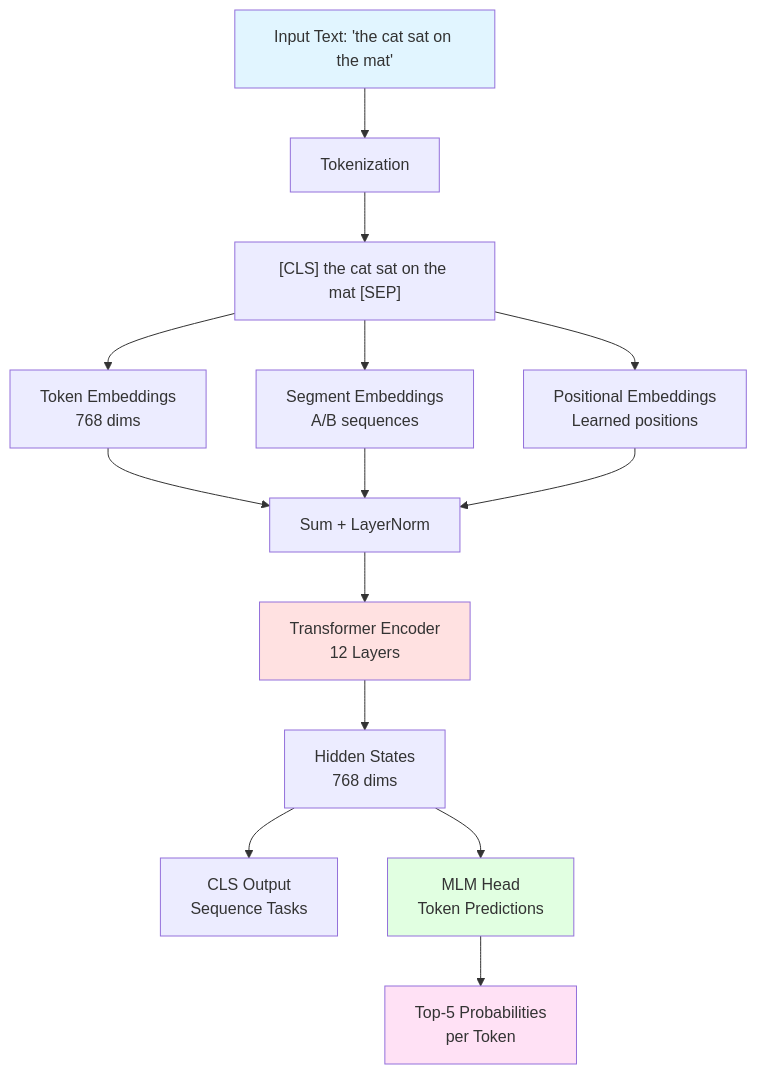
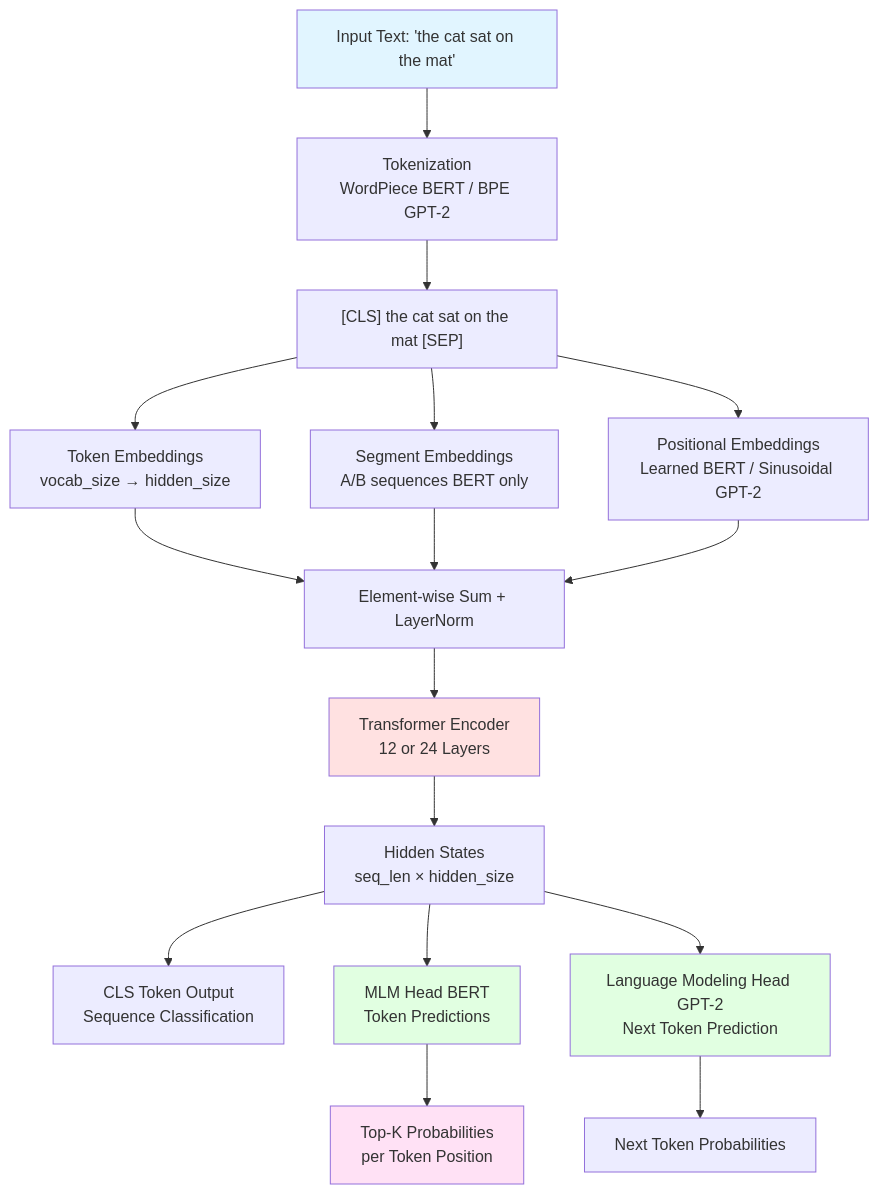
One commit to pinthoz/attention-atlas changed the first of 4 diagrams in ARCHITECTURE.md. Above: the diagram before and after it, drawn with Mermaid. The commit also changed other lines of this file and 13 other files, not shown here.

````diff
--- a/ARCHITECTURE.md
+++ b/ARCHITECTURE.md
@@ -7,27 +28,30 @@
 ```mermaid
 flowchart TD
-    Start[Input Text: 'the cat sat on the mat'] --> Tokenize[Tokenization]
+    Start[Input Text: 'the cat sat on the mat'] --> Tokenize[Tokenization<br/>WordPiece BERT / BPE GPT-2]
     Tokenize --> Tokens["[CLS] the cat sat on the mat [SEP]"]
 
-    Tokens --> TokenEmb[Token Embeddings<br/>768 dims]
-    Tokens --> SegEmb[Segment Embeddings<br/>A/B sequences]
-    Tokens --> PosEmb[Positional Embeddings<br/>Learned positions]
+    Tokens --> TokenEmb[Token Embeddings<br/>vocab_size → hidden_size]
+    Tokens --> SegEmb[Segment Embeddings<br/>A/B sequences BERT only]
+    Tokens --> PosEmb[Positional Embeddings<br/>Learned BERT / Sinusoidal GPT-2]
 
-    TokenEmb --> Sum[Sum + LayerNorm]
+    TokenEmb --> Sum[Element-wise Sum + LayerNorm]
     SegEmb --> Sum
     PosEmb --> Sum
 
-    Sum --> Encoder[Transformer Encoder<br/>12 Layers]
+    Sum --> Encoder[Transformer Encoder<br/>12 or 24 Layers]
 
-    Encoder --> Hidden[Hidden States<br/>768 dims]
+    Encoder --> Hidden[Hidden States<br/>seq_len × hidden_size]
 
-    Hidden --> CLS[CLS Output<br/>Sequence Tasks]
-    Hidden --> MLM[MLM Head<br/>Token Predictions]
+    Hidden --> CLS[CLS Token Output<br/>Sequence Classification]
+    Hidden --> MLM[MLM Head BERT<br/>Token Predictions]
+    Hidden --> LM[Language Modeling Head GPT-2<br/>Next Token Prediction]
 
-    MLM --> TopK[Top-5 Probabilities<br/>per Token]
+    MLM --> TopK[Top-K Probabilities<br/>per Token Position]
+    LM --> NextToken[Next Token Probabilities]
 
     style Start fill:#e1f5ff
     style Encoder fill:#ffe1e1
     style MLM fill:#e1ffe1
+    style LM fill:#e1ffe1
     style TopK fill:#ffe1f5
 ```
````
